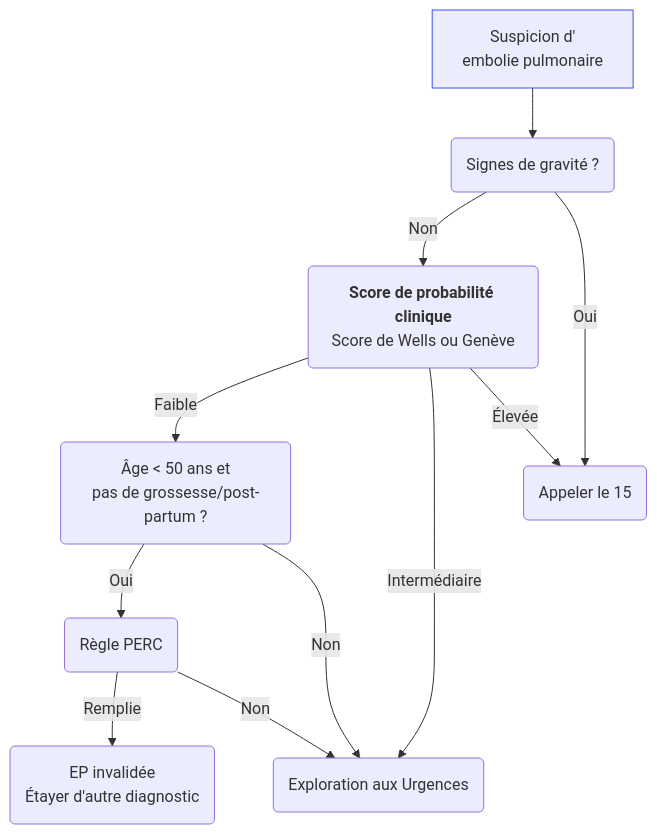
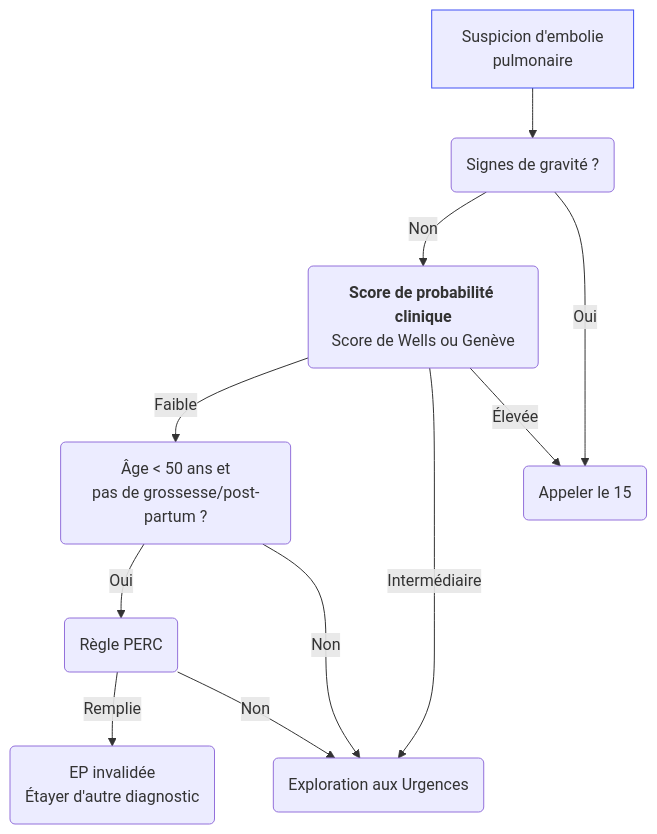
One commit to djibe/recommandations-medicales changed the diagram in content/recommandations/embolie-pulmonaire.md. Above: the diagram before and after it, drawn with Mermaid. The commit also changed 31 other files, not shown here.

Commit message:
Upgrade Mermaid and fix error

```diff
--- a/content/recommandations/embolie-pulmonaire.md
+++ b/content/recommandations/embolie-pulmonaire.md
@@ -303,14 +303,15 @@
 {{< mermaid title="Prise en charge ambulatoire d'une suspicion d'embolie pulmonaire. Dr JB Fron d'après SFMV 2019" >}}
 graph TB
-  ep[Suspicion d'<br>embolie pulmonaire] --> gravite(Signes de gravité ?)
+accTitle: Prise en charge ambulatoire d'une suspicion d'embolie pulmonaire d'après SFMV 2019
+  ep[Suspicion d'embolie<br>pulmonaire] --> gravite(Signes de gravité ?)
   style ep stroke:#4150f5, stroke-width:1px
     gravite -- Non --> probaClin("<b>Score de probabilité clinique</b><br>Score de Wells ou Genève")
       probaClin -- Faible --> age("Âge &lt; 50 ans et<br>pas de grossesse/post-partum ?")
         age -- Oui --> perc(Règle PERC)
           perc -- Remplie --> inval(EP invalidée<br>Étayer d'autre diagnostic)
           perc -- Non --> urgences
         age -- Non --> urgences(Exploration aux Urgences)
       probaClin -- Intermédiaire --> urgences
       probaClin -- Élevée --> samu
     gravite -- Oui --> samu(Appeler le 15)
 {{< /mermaid >}}
```
